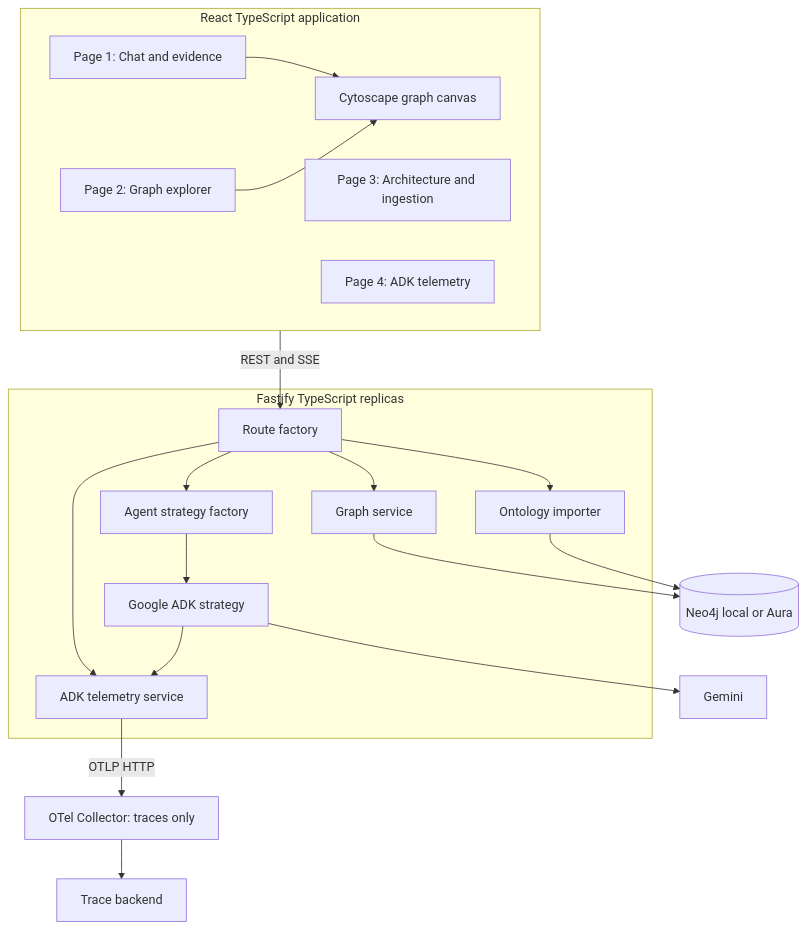
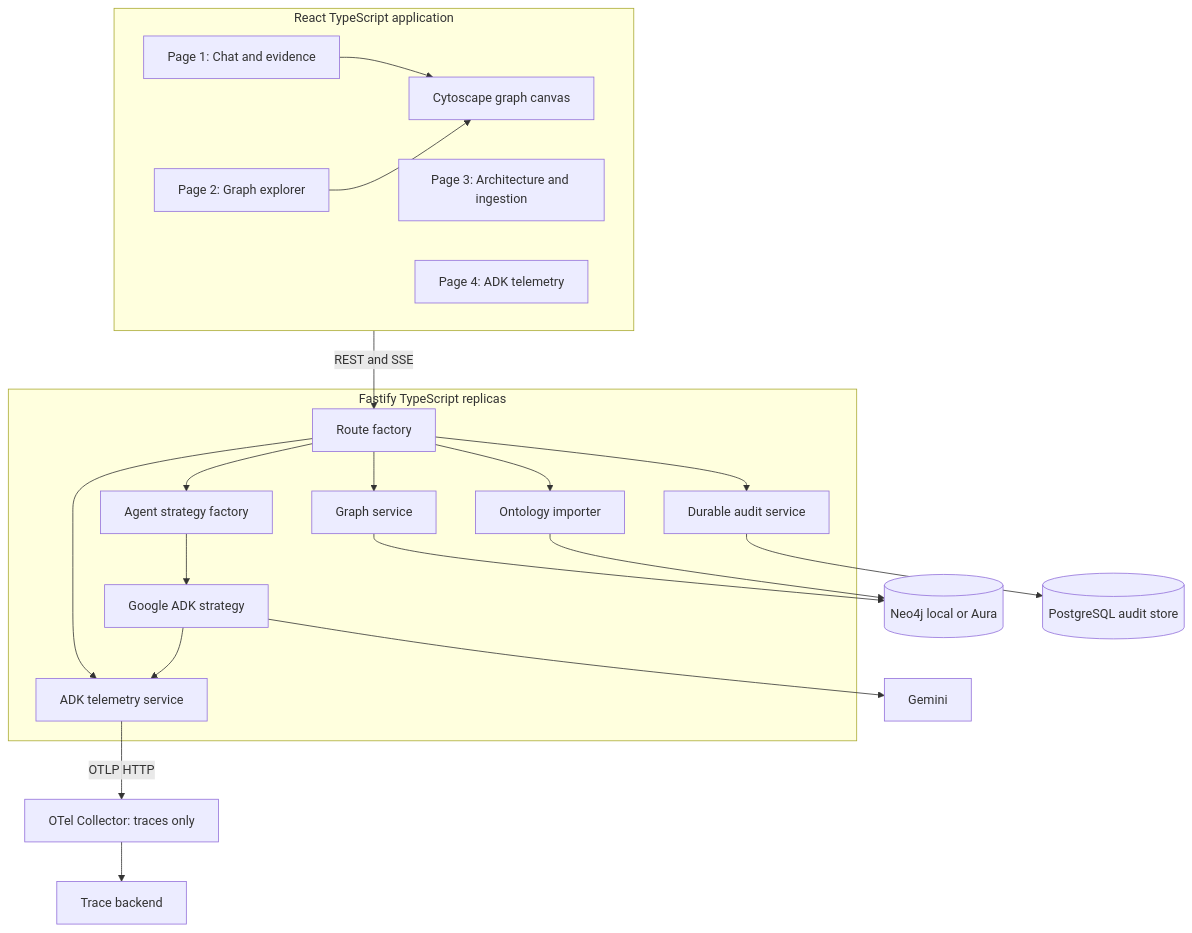
Before and after one commit to biswajitNanda223/may-the-knowledge-be-with-you: the second of 3 diagrams in docs/HLD.md, drawn with Mermaid. The commit also changed other lines of this file and 18 other files, not shown here.

First line of the commit message:
fix(audit): restore durable Prisma storage

````diff
--- a/docs/HLD.md
+++ b/docs/HLD.md
@@ -27,39 +27,43 @@
 ```mermaid
 flowchart TB
   subgraph Browser[React TypeScript application]
     Chat[Page 1: Chat and evidence]
     Explorer[Page 2: Graph explorer]
     Ops[Page 3: Architecture and ingestion]
     Telemetry[Page 4: ADK telemetry]
     Canvas[Cytoscape graph canvas]
     Chat --> Canvas
     Explorer --> Canvas
   end
 
   subgraph API[Fastify TypeScript replicas]
     Routes[Route factory]
     Graph[Graph service]
     Agent[Agent strategy factory]
     ADK[Google ADK strategy]
     Importer[Ontology importer]
+    Audit[Durable audit service]
     AgentTrace[ADK telemetry service]
     Routes --> Graph
     Routes --> Agent
     Agent --> ADK
     Routes --> Importer
+    Routes --> Audit
     Routes --> AgentTrace
   end
 
   Neo4j[(Neo4j local or Aura)]
   Gemini[Gemini]
   Collector[OTel Collector: traces only]
+  PostgreSQL[(PostgreSQL audit store)]
   Backend[Trace backend]
 
   Browser -->|REST and SSE| Routes
   Graph --> Neo4j
   Importer --> Neo4j
   ADK --> Gemini
   ADK --> AgentTrace
+  Audit --> PostgreSQL
   AgentTrace -->|OTLP HTTP| Collector
   Collector --> Backend
 ```
````
